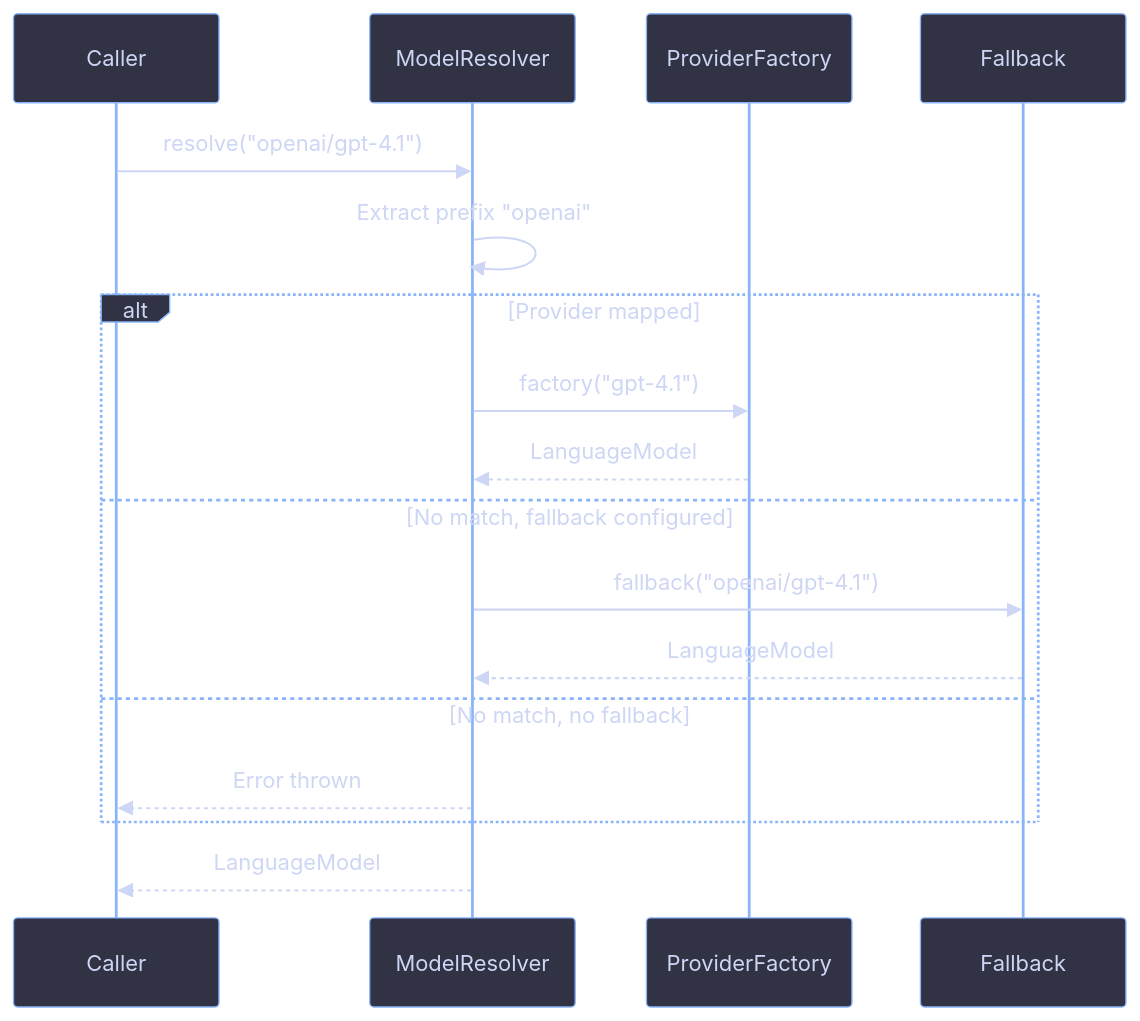
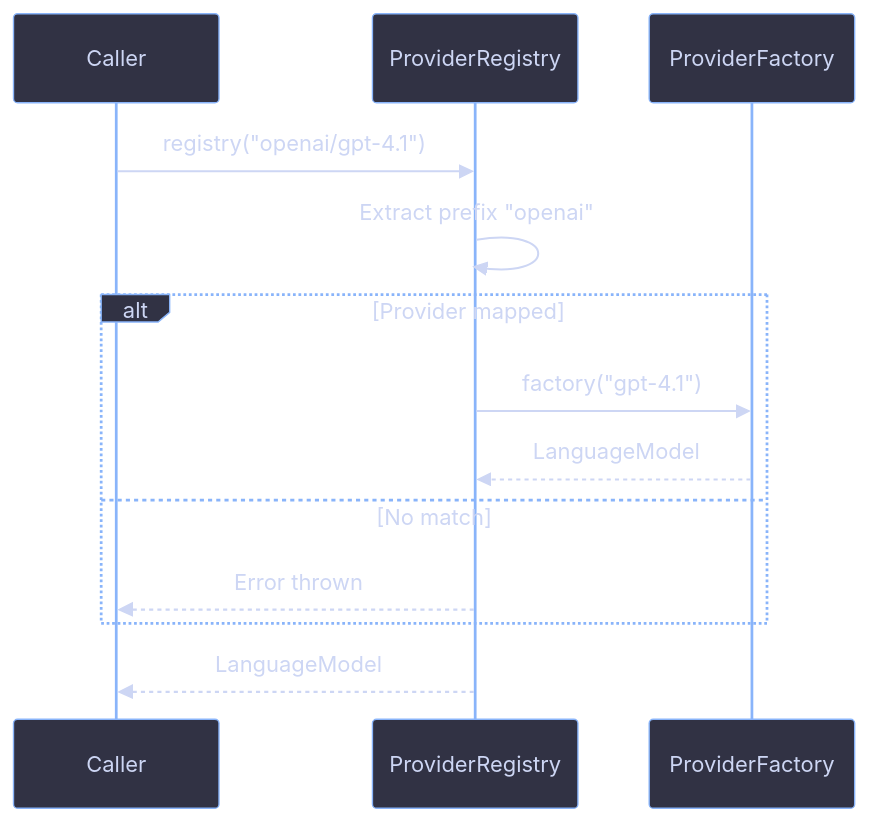
One commit to joggrdocs/funkai changed the diagram in packages/models/docs/provider/overview.md. Above: the diagram before and after it, drawn with Mermaid. The commit also changed other lines of this file and 101 other files, not shown here.

````diff
--- a/packages/models/docs/provider/overview.md
+++ b/packages/models/docs/provider/overview.md
@@ -7,38 +7,34 @@
 ```mermaid
 %%{init: {
   'theme': 'base',
   'themeVariables': {
     'primaryColor': '#313244',
     'primaryTextColor': '#cdd6f4',
     'primaryBorderColor': '#6c7086',
     'lineColor': '#89b4fa',
     'secondaryColor': '#45475a',
     'tertiaryColor': '#1e1e2e',
     'actorBkg': '#313244',
     'actorBorder': '#89b4fa',
     'actorTextColor': '#cdd6f4',
     'signalColor': '#cdd6f4',
     'signalTextColor': '#cdd6f4'
   }
 }}%%
 sequenceDiagram
   participant C as Caller
-  participant R as ModelResolver
+  participant R as ProviderRegistry
   participant P as ProviderFactory
-  participant F as Fallback
 
-  C->>R: resolve("openai/gpt-4.1")
+  C->>R: registry("openai/gpt-4.1")
   R->>R: Extract prefix "openai"
 
   alt Provider mapped
     R->>P: factory("gpt-4.1")
     P-->>R: LanguageModel
-  else No match, fallback configured
-    R->>F: fallback("openai/gpt-4.1")
-    F-->>R: LanguageModel
-  else No match, no fallback
+  else No match
     R-->>C: Error thrown
   end
 
   R-->>C: LanguageModel
 ```
````
